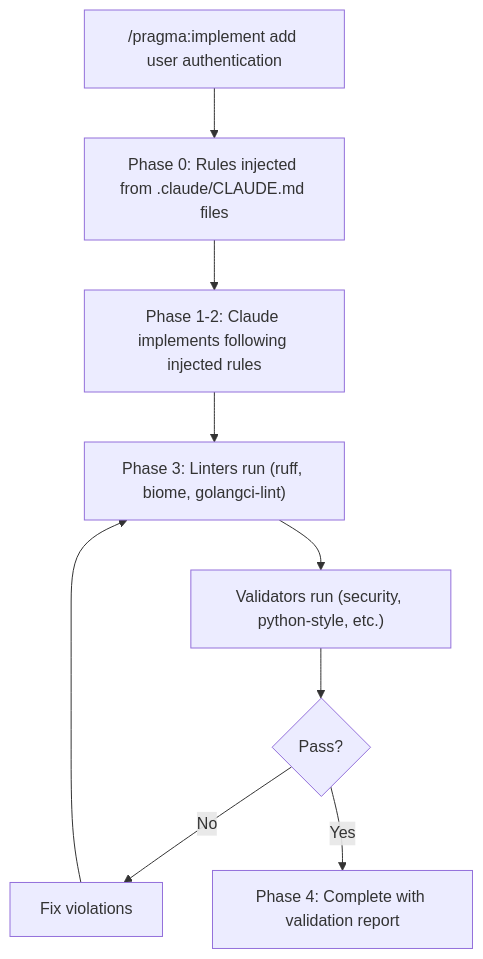
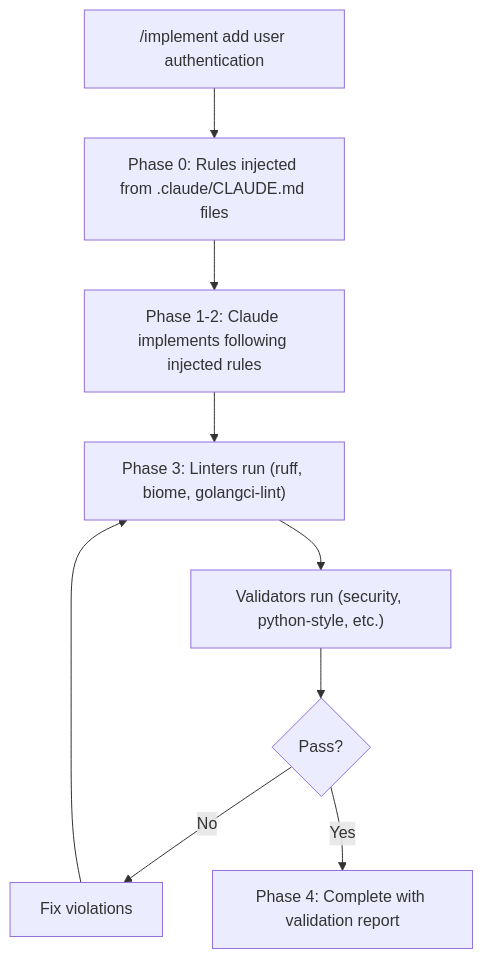
One commit to peteski22/claude-pragma changed the diagram in README.md. Above: the diagram before and after it, drawn with Mermaid. The commit also changed other lines of this file and 12 other files, not shown here.

````diff
--- a/README.md
+++ b/README.md
@@ -9,11 +9,11 @@
 ```mermaid
 flowchart TD
-    A["/pragma:implement add user authentication"] --> B["Phase 0: Rules injected from .claude/CLAUDE.md files"]
+    A["/implement add user authentication"] --> B["Phase 0: Rules injected from .claude/CLAUDE.md files"]
     B --> C["Phase 1-2: Claude implements following injected rules"]
     C --> D["Phase 3: Linters run (ruff, biome, golangci-lint)"]
     D --> E["Validators run (security, python-style, etc.)"]
     E --> F{Pass?}
     F -->|No| G["Fix violations"]
     G --> D
     F -->|Yes| H["Phase 4: Complete with validation report"]
 ```
````
